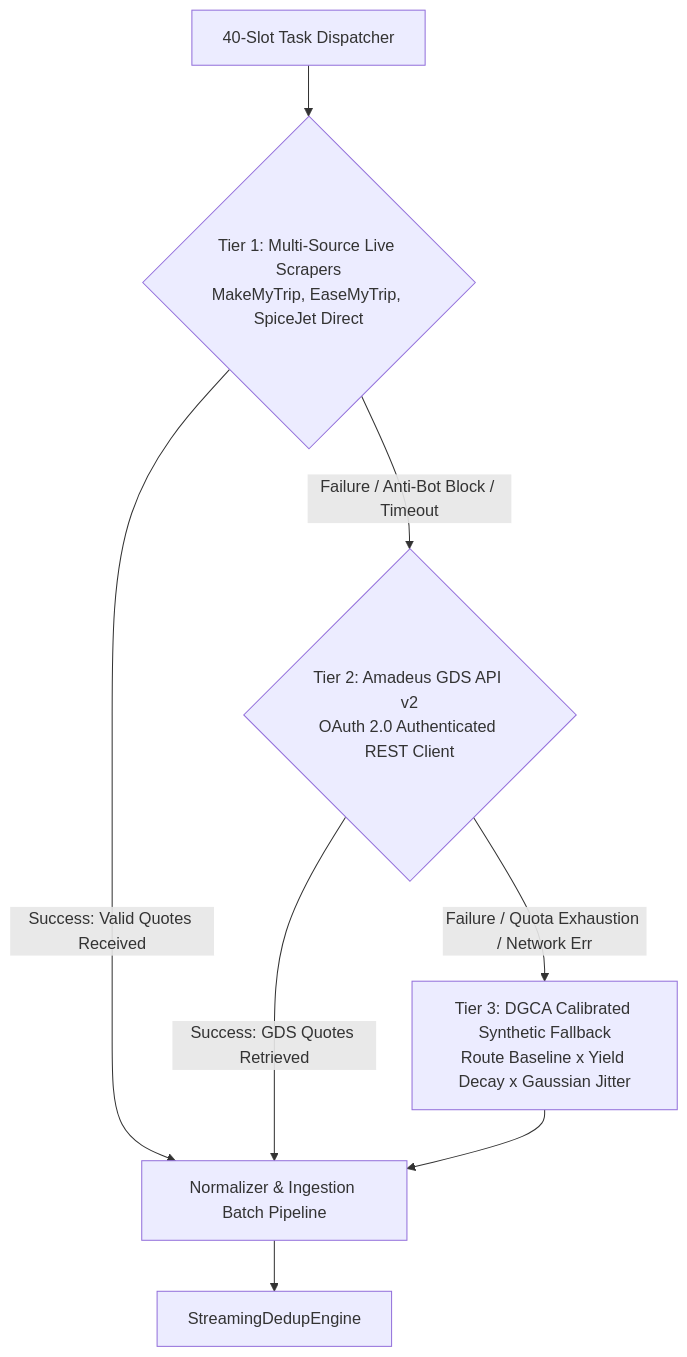
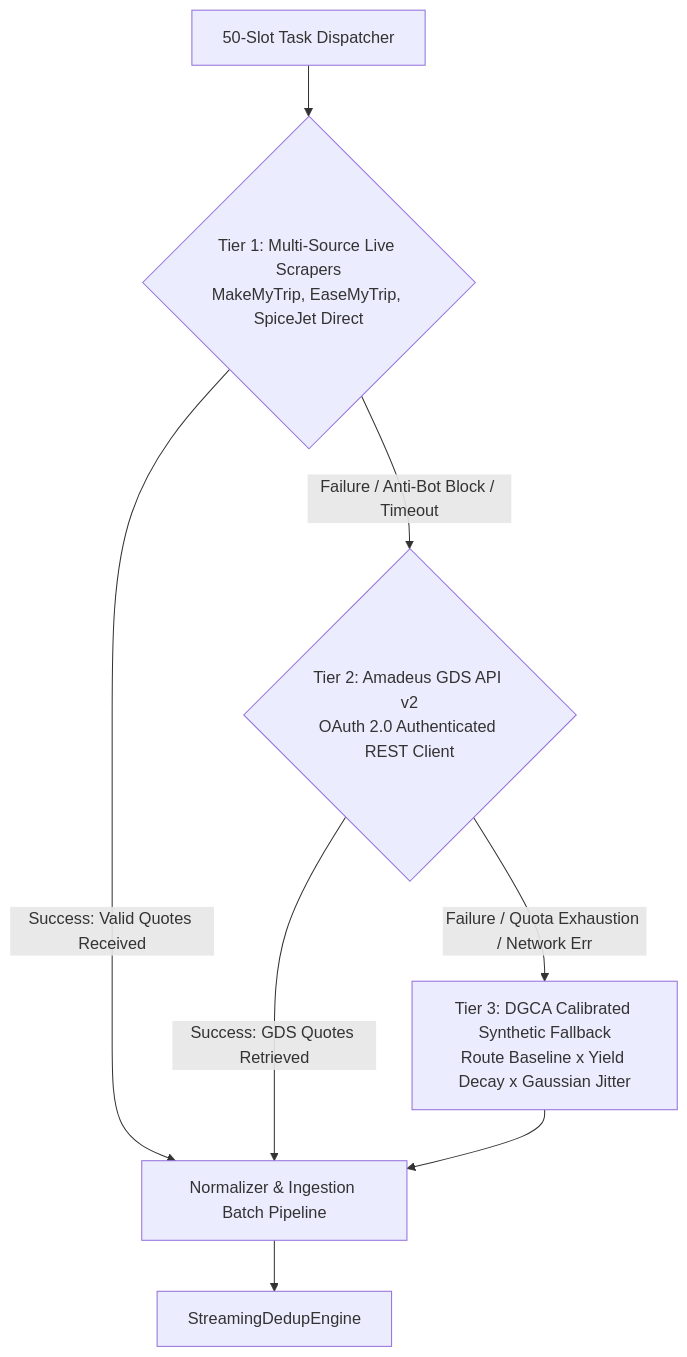
Before and after one commit to SameerKumar05/APIx: the second of 5 diagrams in docs/APIX_MASTER_SPECIFICATION.md, drawn with Mermaid. The commit also changed other lines of this file and 5 other files, not shown here.

````diff
--- a/docs/APIX_MASTER_SPECIFICATION.md
+++ b/docs/APIX_MASTER_SPECIFICATION.md
@@ -352,13 +352,13 @@
 ```mermaid
 flowchart TD
-    SLOT["40-Slot Task Dispatcher"] --> TIER1{"Tier 1: Multi-Source Live Scrapers<br/>MakeMyTrip, EaseMyTrip, SpiceJet Direct"}
+    SLOT["50-Slot Task Dispatcher"] --> TIER1{"Tier 1: Multi-Source Live Scrapers<br/>MakeMyTrip, EaseMyTrip, SpiceJet Direct"}
     
     TIER1 -->|"Success: Valid Quotes Received"| NORM["Normalizer & Ingestion Batch Pipeline"]
     TIER1 -->|"Failure / Anti-Bot Block / Timeout"| TIER2{"Tier 2: Amadeus GDS API v2<br/>OAuth 2.0 Authenticated REST Client"}
     
     TIER2 -->|"Success: GDS Quotes Retrieved"| NORM
     TIER2 -->|"Failure / Quota Exhaustion / Network Err"| TIER3["Tier 3: DGCA Calibrated Synthetic Fallback<br/>Route Baseline x Yield Decay x Gaussian Jitter"]
     
     TIER3 --> NORM
     NORM --> DEDUP["StreamingDedupEngine"]
 ```
````
